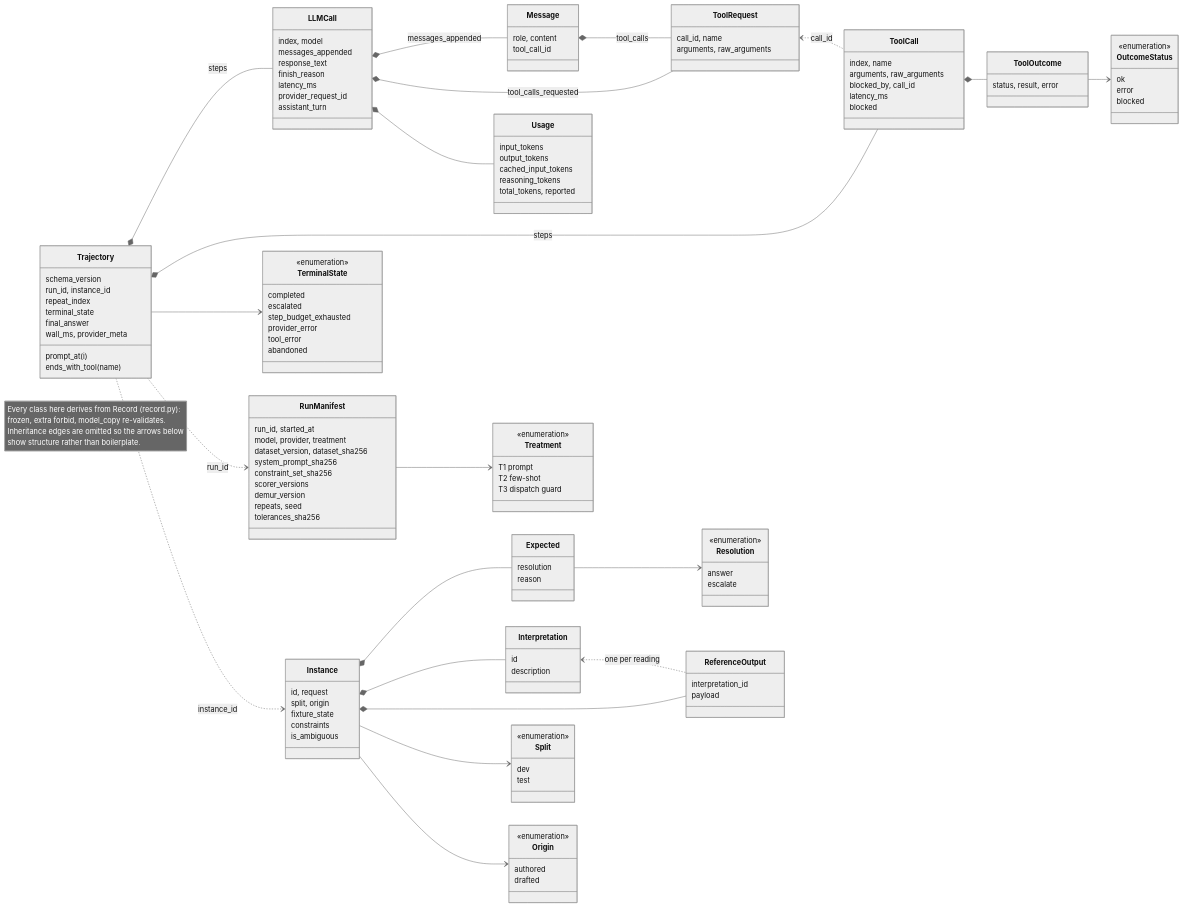
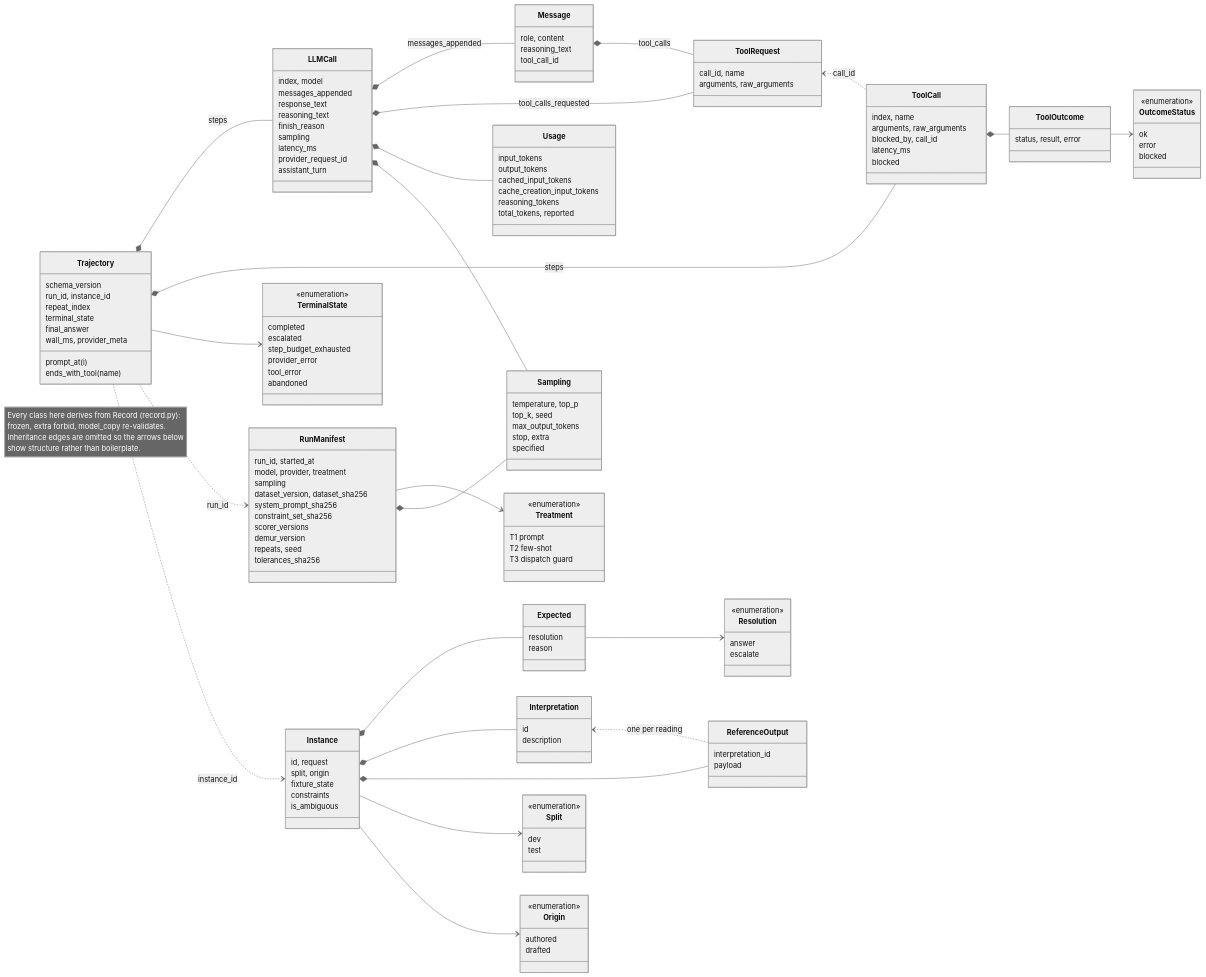
Before and after one commit to nick-mal/demur: the diagram in docs/spec.md, drawn with Mermaid (neutral theme). The commit also changed other lines of this file and 16 other files, not shown here.

```diff
--- a/docs/spec.md
+++ b/docs/spec.md
@@ -140,6 +159,7 @@
     class RunManifest {
         run_id, started_at
         model, provider, treatment
+        sampling
         dataset_version, dataset_sha256
         system_prompt_sha256
         constraint_set_sha256
@@ -162,7 +182,9 @@
         index, model
         messages_appended
         response_text
+        reasoning_text
         finish_reason
+        sampling
         latency_ms
         provider_request_id
         assistant_turn
@@ -176,16 +198,25 @@
     }
     class Message {
         role, content
+        reasoning_text
         tool_call_id
     }
     class ToolRequest {
         call_id, name
         arguments, raw_arguments
     }
+    class Sampling {
+        temperature, top_p
+        top_k, seed
+        max_output_tokens
+        stop, extra
+        specified
+    }
     class Usage {
         input_tokens
         output_tokens
         cached_input_tokens
+        cache_creation_input_tokens
         reasoning_tokens
         total_tokens, reported
     }
@@ -245,6 +276,8 @@
     LLMCall *-- Message : messages_appended
     LLMCall *-- ToolRequest : tool_calls_requested
     LLMCall *-- Usage
+    LLMCall *-- Sampling
+    RunManifest *-- Sampling
     Message *-- ToolRequest : tool_calls
     ToolCall *-- ToolOutcome
     ToolOutcome --> OutcomeStatus
```
